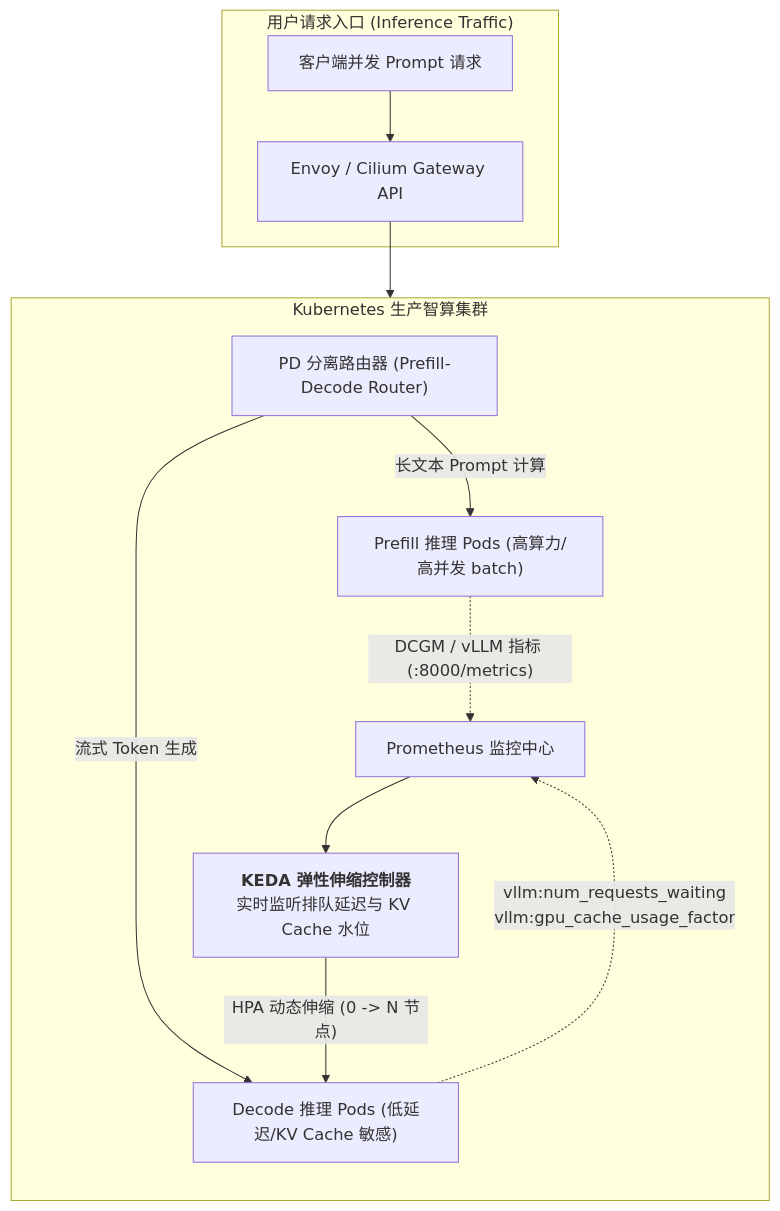
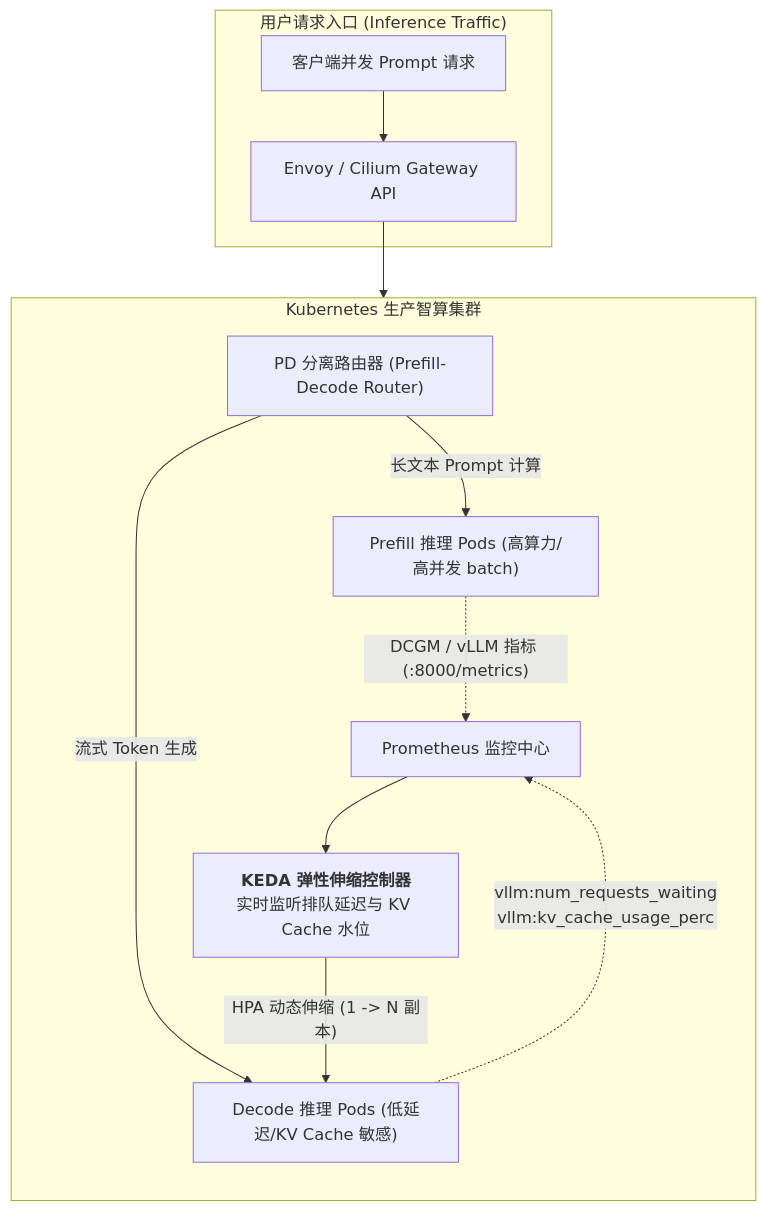
Before and after one commit to ifnodoraemon/ifnodoraemon.github.io: the third of 4 diagrams in content/zh/articles/k8s-gpu-operator-ai-inference-scheduling.md, drawn with Mermaid. The commit also changed other lines of this file and 86 other files, not shown here.

````diff
--- a/content/zh/articles/k8s-gpu-operator-ai-inference-scheduling.md
+++ b/content/zh/articles/k8s-gpu-operator-ai-inference-scheduling.md
@@ -160,20 +161,20 @@
 ```mermaid
 flowchart TD
     subgraph TrafficEntry["用户请求入口 (Inference Traffic)"]
         ClientReq["客户端并发 Prompt 请求"] --> Gateway["Envoy / Cilium Gateway API"]
     end
 
     Gateway --> Router["PD 分离路由器 (Prefill-Decode Router)"]
 
     subgraph K8sCluster["Kubernetes 生产智算集群"]
         direction TB
         Router -->|"长文本 Prompt 计算"| PrefillPool["Prefill 推理 Pods (高算力/高并发 batch)"]
         Router -->|"流式 Token 生成"| DecodePool["Decode 推理 Pods (低延迟/KV Cache 敏感)"]
 
         PrefillPool -.->|"DCGM / vLLM 指标 (:8000/metrics)"| Prometheus["Prometheus 监控中心"]
-        DecodePool -.->|"vllm:num_requests_waiting<br/>vllm:gpu_cache_usage_factor"| Prometheus
+        DecodePool -.->|"vllm:num_requests_waiting<br/>vllm:kv_cache_usage_perc"| Prometheus
 
         Prometheus --> KEDA["<b>KEDA 弹性伸缩控制器</b><br/>实时监听排队延迟与 KV Cache 水位"]
-        KEDA -->|"HPA 动态伸缩 (0 -> N 节点)"| DecodePool
+        KEDA -->|"HPA 动态伸缩 (1 -> N 副本)"| DecodePool
     end
 ```
````
